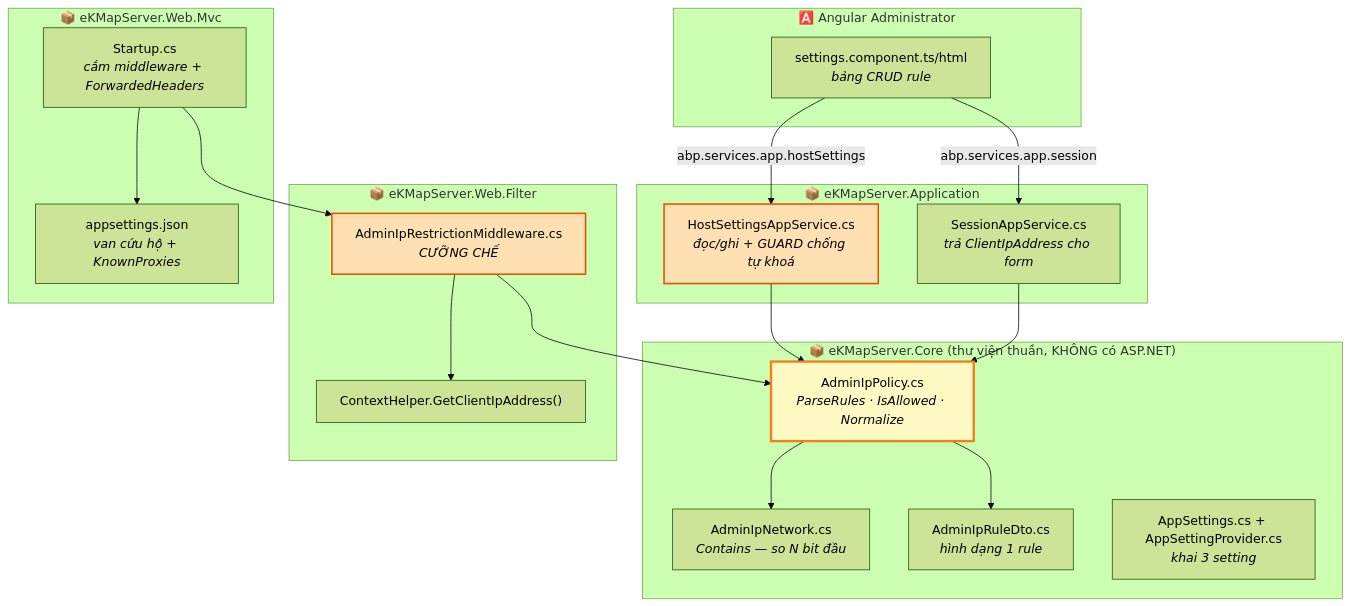
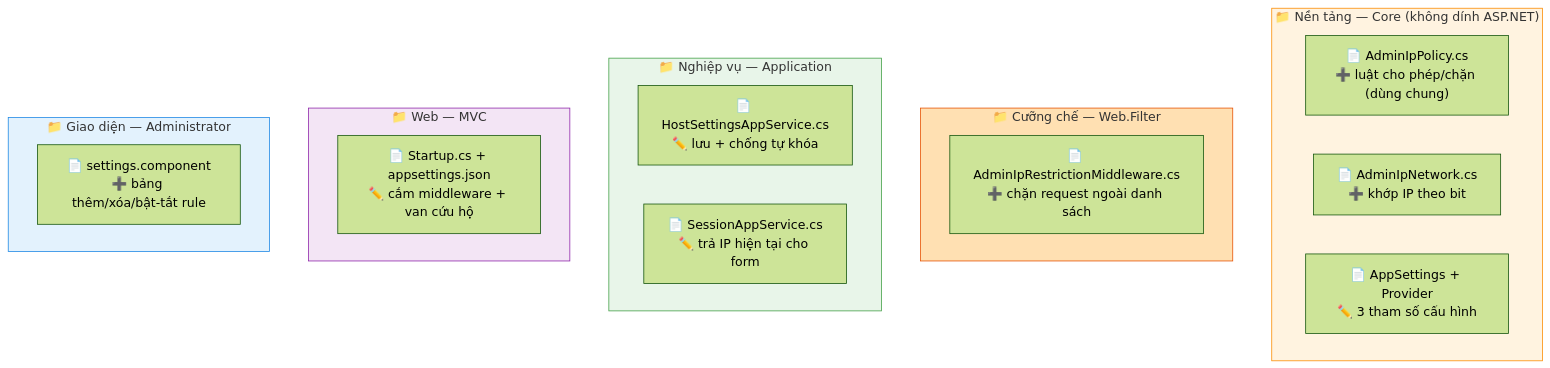
Before and after one commit to giangvanhung/mkdocs-antoanbaomat-ekmapserver: the second of 5 diagrams in docs/admin-ip-restriction-feature.md, drawn with Mermaid (forest theme). The commit also changed other lines of this file and 6 other files, not shown here.

````diff
--- a/docs/admin-ip-restriction-feature.md
+++ b/docs/admin-ip-restriction-feature.md
@@ -55,43 +27,27 @@
 ```mermaid
-flowchart TD
-    subgraph CORE["📦 eKMapServer.Core (thư viện thuần, KHÔNG có ASP.NET)"]
-        P["AdminIpPolicy.cs<br/><i>ParseRules · IsAllowed · Normalize</i>"]
-        N["AdminIpNetwork.cs<br/><i>Contains — so N bit đầu</i>"]
-        R["AdminIpRuleDto.cs<br/><i>hình dạng 1 rule</i>"]
-        SET["AppSettings.cs + AppSettingProvider.cs<br/><i>khai 3 setting</i>"]
-        P --> N
-        P --> R
+flowchart TB
+    subgraph CORE["📁 Nền tảng — Core (không dính ASP.NET)"]
+        c1["📄 AdminIpPolicy.cs<br/>➕ luật cho phép/chặn (dùng chung)"]
+        c2["📄 AdminIpNetwork.cs<br/>➕ khớp IP theo bit"]
+        c3["📄 AppSettings + Provider<br/>✏️ 3 tham số cấu hình"]
+    end
+    subgraph FILTER["📁 Cưỡng chế — Web.Filter"]
+        f1["📄 AdminIpRestrictionMiddleware.cs<br/>➕ chặn request ngoài danh sách"]
+    end
+    subgraph APP["📁 Nghiệp vụ — Application"]
+        a1["📄 HostSettingsAppService.cs<br/>✏️ lưu + chống tự khóa"]
+        a2["📄 SessionAppService.cs<br/>✏️ trả IP hiện tại cho form"]
+    end
+    subgraph MVC["📁 Web — MVC"]
+        m1["📄 Startup.cs + appsettings.json<br/>✏️ cắm middleware + van cứu hộ"]
+    end
+    subgraph NG["📁 Giao diện — Administrator"]
+        n1["📄 settings.component<br/>➕ bảng thêm/xóa/bật‑tắt rule"]
     end
 
-    subgraph APP["📦 eKMapServer.Application"]
-        HS["HostSettingsAppService.cs<br/><i>đọc/ghi + GUARD chống tự khoá</i>"]
-        SESS["SessionAppService.cs<br/><i>trả ClientIpAddress cho form</i>"]
-    end
-
-    subgraph FILTER["📦 eKMapServer.Web.Filter"]
-        MW["AdminIpRestrictionMiddleware.cs<br/><i>CƯỠNG CHẾ</i>"]
-        CH["ContextHelper.GetClientIpAddress()"]
-        MW --> CH
-    end
-
-    subgraph MVC["📦 eKMapServer.Web.Mvc"]
-        ST["Startup.cs<br/><i>cắm middleware + ForwardedHeaders</i>"]
-        CFG["appsettings.json<br/><i>van cứu hộ + KnownProxies</i>"]
-    end
-
-    subgraph NG["🅰️ Angular Administrator"]
-        UI["settings.component.ts/html<br/><i>bảng CRUD rule</i>"]
-    end
-
-    HS --> P
-    SESS --> P
-    MW --> P
-    ST --> MW
-    ST --> CFG
-    UI -->|"abp.services.app.hostSettings"| HS
-    UI -->|"abp.services.app.session"| SESS
-
-    style P fill:#fff9c4,stroke:#f57f17,stroke-width:3px
-    style MW fill:#ffe0b2,stroke:#e65100,stroke-width:2px
-    style HS fill:#ffe0b2,stroke:#e65100,stroke-width:2px
+    style CORE fill:#fff3e0,stroke:#fb8c00
+    style FILTER fill:#ffe0b2,stroke:#e65100
+    style APP fill:#e8f5e9,stroke:#43a047
+    style MVC fill:#f3e5f5,stroke:#8e24aa
+    style NG fill:#e3f2fd,stroke:#1e88e5
 ```
````
